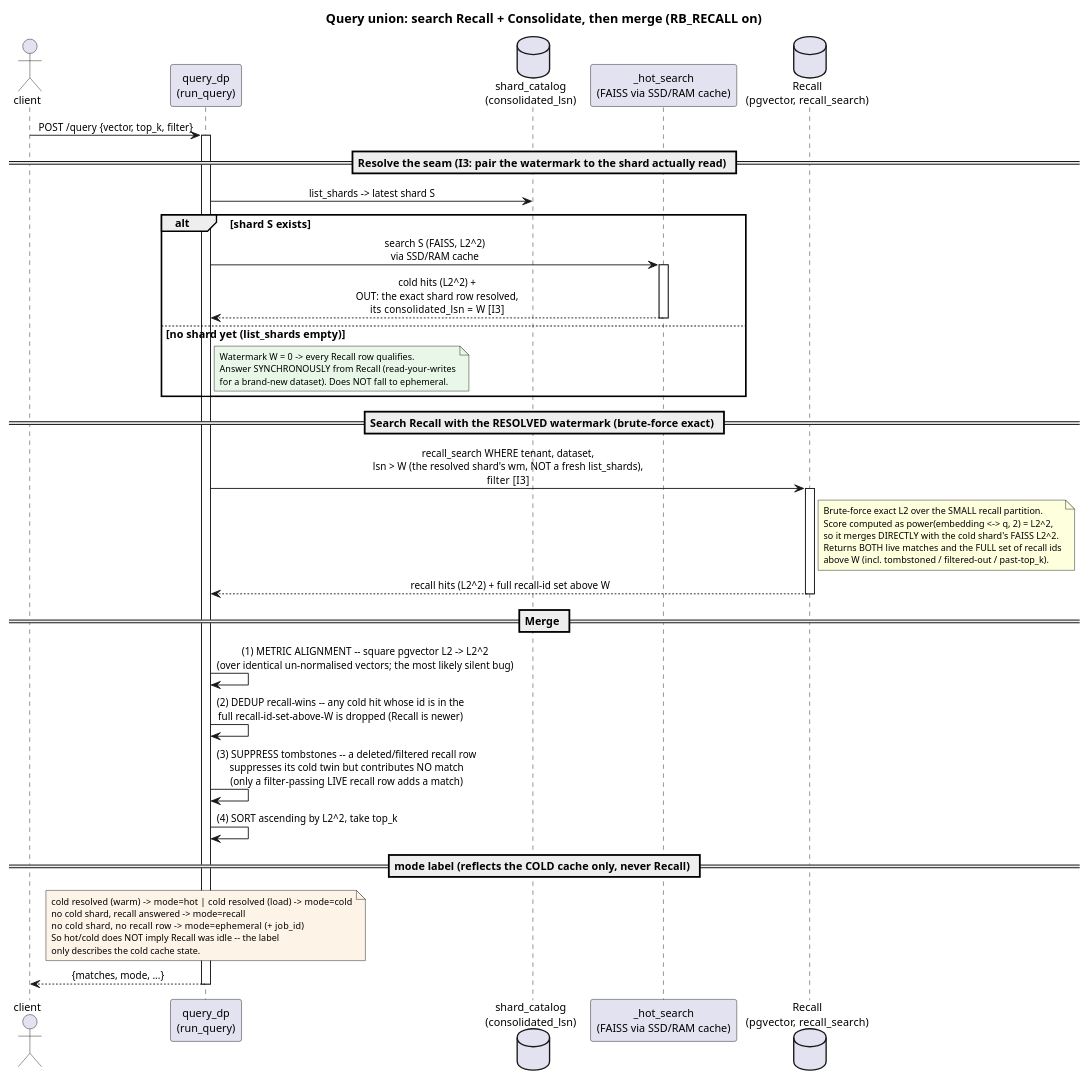
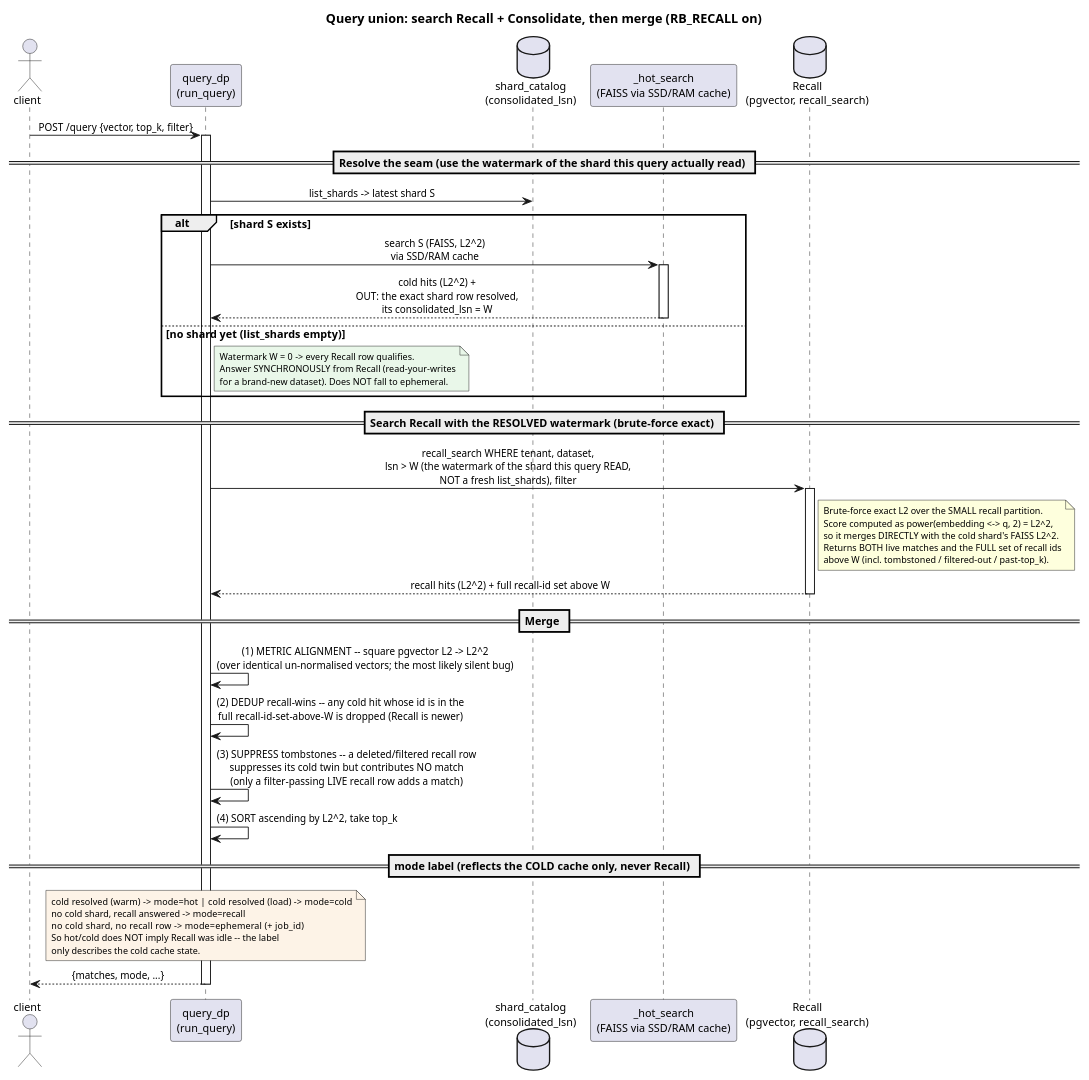
Before and after one commit to rosalinddb/rosalinddb: the diagram in docs/architecture/diagrams/recall-consolidate-query-union.puml, drawn with PlantUML. The commit also changed 4 other files, not shown here.

First line of the commit message:
Revise Recall/Consolidate diagrams for readability

```diff
--- a/docs/architecture/diagrams/recall-consolidate-query-union.puml
+++ b/docs/architecture/diagrams/recall-consolidate-query-union.puml
@@ -1,77 +1,77 @@
 @startuml recall-consolidate-query-union
 ' Query union sequence: resolve the latest shard + its consolidated_lsn
 ' watermark -> search Recall (lsn > watermark, brute-force exact) and the
 ' Consolidate shard (FAISS via the SSD/RAM cache) -> merge: square pgvector
 ' L2 -> L2^2 (metric alignment), recall-wins dedup, suppress recall-tombstoned
 ' ids, sort ascending, take top_k. Also shows the no-shard recall/ephemeral
 ' branch and the mode label (which always reflects the cold cache only).
 
 title Query union: search Recall + Consolidate, then merge (RB_RECALL on)
 
 skinparam shadowing false
 skinparam defaultFontName Helvetica
 skinparam defaultFontSize 12
 skinparam ArrowFontSize 11
 skinparam NoteFontSize 10
 skinparam sequenceMessageAlign center
 
 actor "client" as client
 participant "query_dp\n(run_query)" as dp
 database "shard_catalog\n(consolidated_lsn)" as catalog
 participant "_hot_search\n(FAISS via SSD/RAM cache)" as cold
 database "Recall\n(pgvector, recall_search)" as recall
 
 client -> dp : POST /query {vector, top_k, filter}
 activate dp
 
-== Resolve the seam (I3: pair the watermark to the shard actually read) ==
+== Resolve the seam (use the watermark of the shard this query actually read) ==
 
 dp -> catalog : list_shards -> latest shard S
 alt shard S exists
   dp -> cold : search S (FAISS, L2^2)\nvia SSD/RAM cache
   activate cold
-  cold --> dp : cold hits (L2^2) +\nOUT: the exact shard row resolved,\nits consolidated_lsn = W   [I3]
+  cold --> dp : cold hits (L2^2) +\nOUT: the exact shard row resolved,\nits consolidated_lsn = W
   deactivate cold
 else no shard yet (list_shards empty)
   note right of dp #E9F7E9
     Watermark W = 0 -> every Recall row qualifies.
     Answer SYNCHRONOUSLY from Recall (read-your-writes
     for a brand-new dataset). Does NOT fall to ephemeral.
   end note
 end
 
 == Search Recall with the RESOLVED watermark (brute-force exact) ==
 
-dp -> recall : recall_search WHERE tenant, dataset,\nlsn > W (the resolved shard's wm, NOT a fresh list_shards),\nfilter  [I3]
+dp -> recall : recall_search WHERE tenant, dataset,\nlsn > W (the watermark of the shard this query READ,\nNOT a fresh list_shards), filter
 activate recall
 note right of recall
   Brute-force exact L2 over the SMALL recall partition.
   Score computed as power(embedding <-> q, 2) = L2^2,
   so it merges DIRECTLY with the cold shard's FAISS L2^2.
   Returns BOTH live matches and the FULL set of recall ids
   above W (incl. tombstoned / filtered-out / past-top_k).
 end note
 recall --> dp : recall hits (L2^2) + full recall-id set above W
 deactivate recall
 
 == Merge ==
 
 dp -> dp : (1) METRIC ALIGNMENT -- square pgvector L2 -> L2^2\n(over identical un-normalised vectors; the most likely silent bug)
 dp -> dp : (2) DEDUP recall-wins -- any cold hit whose id is in the\nfull recall-id-set-above-W is dropped (Recall is newer)
 dp -> dp : (3) SUPPRESS tombstones -- a deleted/filtered recall row\nsuppresses its cold twin but contributes NO match\n(only a filter-passing LIVE recall row adds a match)
 dp -> dp : (4) SORT ascending by L2^2, take top_k
 
 == mode label (reflects the COLD cache only, never Recall) ==
 
 note over dp #FDF3E7
   cold resolved (warm) -> mode=hot   | cold resolved (load) -> mode=cold
   no cold shard, recall answered -> mode=recall
   no cold shard, no recall row    -> mode=ephemeral (+ job_id)
   So hot/cold does NOT imply Recall was idle -- the label
   only describes the cold cache state.
 end note
 
 dp --> client : {matches, mode, ...}
 deactivate dp
 
 @enduml
```
